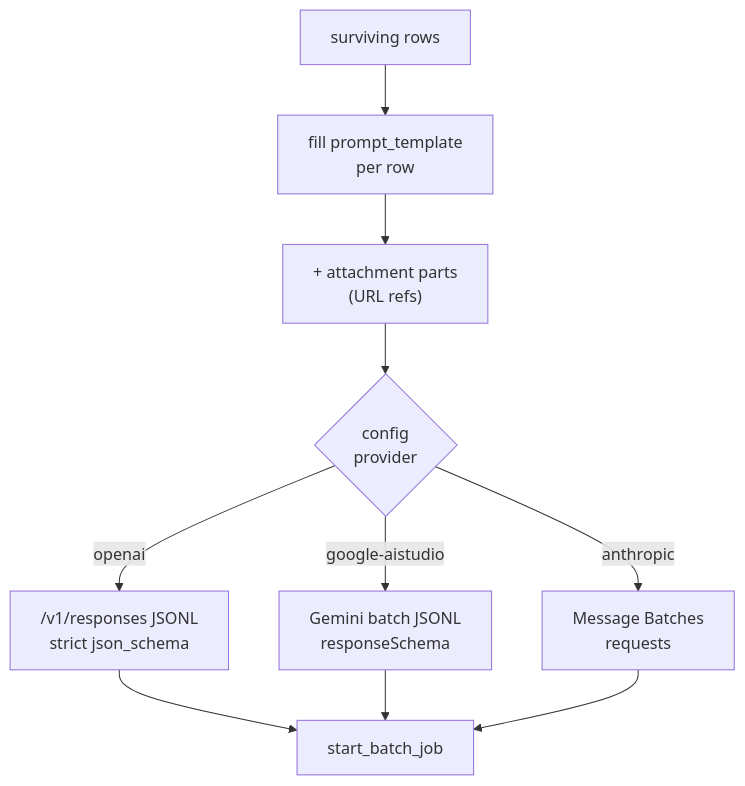
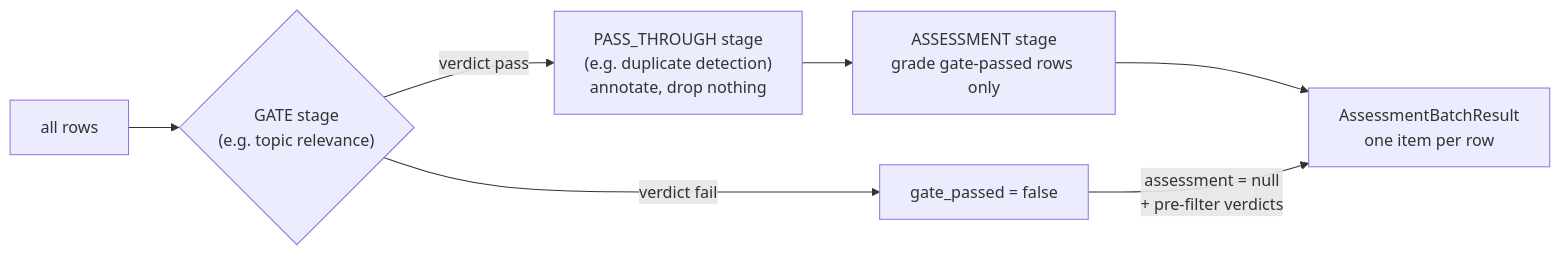
Before and after one commit to ProjectTech4DevAI/kaapi-backend: the third of 4 diagrams in docs/architecture/kaapi-ai-assessment-ARCHITECTURE.md, drawn with Mermaid. The commit also changed other lines of this file and 6 other files, not shown here.

````diff
--- a/docs/architecture/kaapi-ai-assessment-ARCHITECTURE.md
+++ b/docs/architecture/kaapi-ai-assessment-ARCHITECTURE.md
@@ -472,12 +167,9 @@
 ```mermaid
-flowchart TD
-    In["surviving rows"] --> Prompt["fill prompt_template\nper row"]
-    Prompt --> Att["+ attachment parts\n(URL refs)"]
-    Att --> P{"config\nprovider"}
-    P -->|openai| O["/v1/responses JSONL\nstrict json_schema"]
-    P -->|google-aistudio| G["Gemini batch JSONL\nresponseSchema"]
-    P -->|anthropic| Anth["Message Batches\nrequests"]
-    O --> Sub["start_batch_job"]
-    G --> Sub
-    Anth --> Sub
+flowchart LR
+    Rows["all rows"] --> Gate{"GATE stage\n(e.g. topic relevance)"}
+    Gate -->|verdict pass| PT["PASS_THROUGH stage\n(e.g. duplicate detection)\nannotate, drop nothing"]
+    Gate -->|verdict fail| Gated["gate_passed = false"]
+    PT --> Assess["ASSESSMENT stage\ngrade gate-passed rows only"]
+    Assess --> Res["AssessmentBatchResult\none item per row"]
+    Gated -->|assessment = null\n+ pre-filter verdicts| Res
 ```
````
